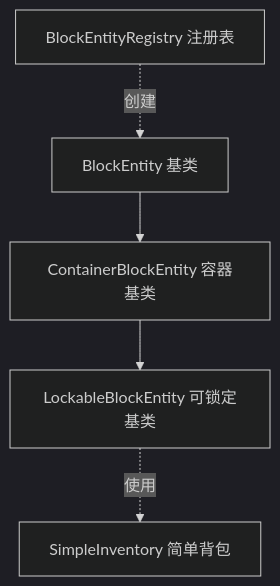
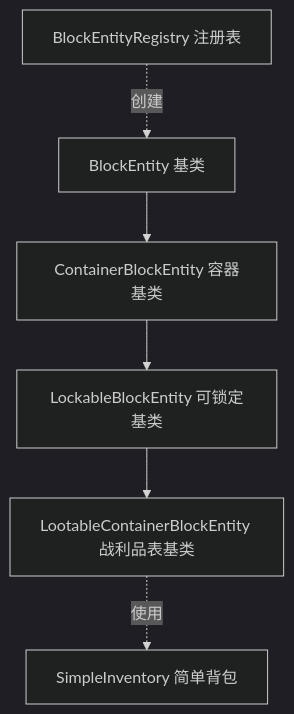
One commit to g122622/Cubium changed the diagram in src/common/world/blockentity/core/README.md. Above: the diagram before and after it, drawn with Mermaid (dark theme). The commit also changed other lines of this file and 26 other files, not shown here.

First line of the commit message:
feat(blockentity): 添加 LootableContainerBlockEntity 战利品表填充基类

````diff
--- a/src/common/world/blockentity/core/README.md
+++ b/src/common/world/blockentity/core/README.md
@@ -103,13 +140,15 @@
 ```mermaid
 graph TB
     BlockEntity[BlockEntity 基类]
     ContainerBlockEntity[ContainerBlockEntity 容器基类]
     LockableBlockEntity[LockableBlockEntity 可锁定基类]
+    LootableContainerBlockEntity[LootableContainerBlockEntity 战利品表基类]
     SimpleInventory[SimpleInventory 简单背包]
     BlockEntityRegistry[BlockEntityRegistry 注册表]
 
     BlockEntity --> ContainerBlockEntity
     ContainerBlockEntity --> LockableBlockEntity
-    LockableBlockEntity -.使用.-> SimpleInventory
+    LockableBlockEntity --> LootableContainerBlockEntity
+    LootableContainerBlockEntity -.使用.-> SimpleInventory
     BlockEntityRegistry -.创建.-> BlockEntity
 ```
````
